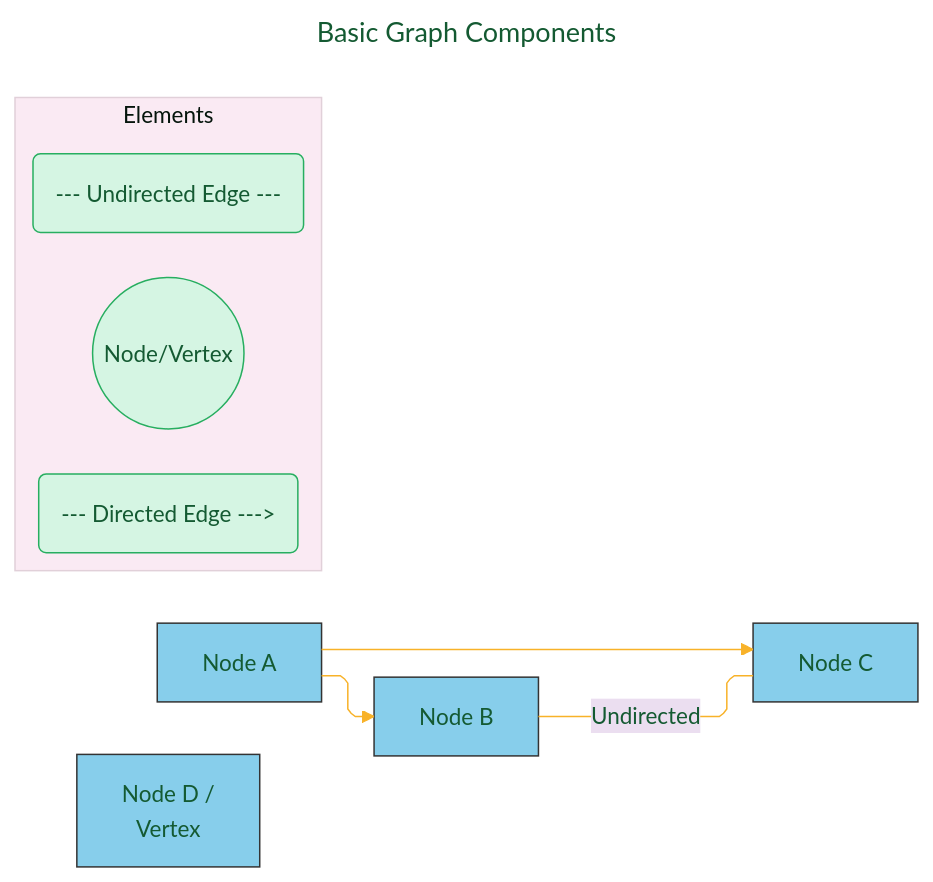
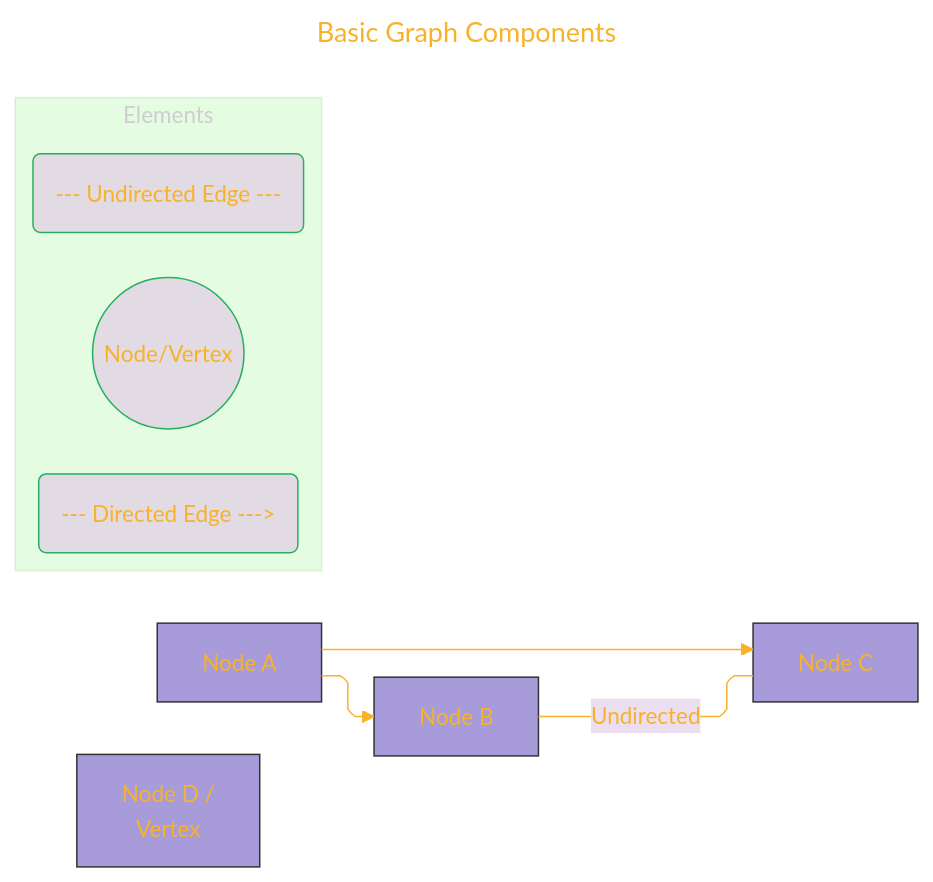
One commit to CongLeSolutionX/The-Language-Atlas changed the first of 9 diagrams in regions/DOT_language/PART_2/Gallery_of_DOT_Concepts.md. Above: the diagram before and after it, drawn with Mermaid. The commit also changed other lines of this file and 1 other file, not shown here.

````diff
--- a/regions/DOT_language/PART_2/Gallery_of_DOT_Concepts.md
+++ b/regions/DOT_language/PART_2/Gallery_of_DOT_Concepts.md
@@ -20,46 +20,46 @@
 ```mermaid
 ---
 title: "Basic Graph Components"
 author: "Cong Le"
 version: "1.0"
 license(s): "MIT, CC BY 4.0"
 copyright: "Copyright (c) 2025 Cong Le. All Rights Reserved."
 config:
   layout: elk
   theme: base
 ---
 %%%%%%%% Mermaid version v11.4.1-b.14
 %%%%%%%% Available curve styles include the following keywords:
 %% basis, bumpX, bumpY, cardinal, catmullRom, linear, monotoneX, monotoneY, natural, step, stepAfter, stepBefore.
 %%{
   init: {
     'flowchart': { 'htmlLabels': true, 'curve': 'linear' },
     'fontFamily': 'Monaco',
     'themeVariables': {
-      'primaryColor': '#D5F5E3',
-      'primaryTextColor': '#145A32',
+      'primaryColor': '#D5E3',
+      'primaryTextColor': '#F8B229',
       'lineColor': '#F8B229',
       'primaryBorderColor': '#27AE60',
       'secondaryColor': '#EBDEF0',
       'secondaryTextColor': '#6C3483',
       'secondaryBorderColor': '#A569BD',
       'fontSize': '15px'
     }
   }
 }%%
 graph LR
     A["Node A"] --> B["Node B"]
     B -- Undirected --- C["Node C"]
     A --> C
     D["Node D /<br/> Vertex"]
 
     subgraph Elements["Elements"]
         N(("Node/Vertex"))
         DE("--- Directed Edge --->")
         UE("--- Undirected Edge ---")
     end
-    style A fill:#87CEEB,stroke:#333
-    style B fill:#87CEEB,stroke:#333
-    style C fill:#87CEEB,stroke:#333
-    style D fill:#87CEEB,stroke:#333
+    style A fill:#87CB,stroke:#333
+    style B fill:#87CB,stroke:#333
+    style C fill:#87CB,stroke:#333
+    style D fill:#87CB,stroke:#333
 ```
````
